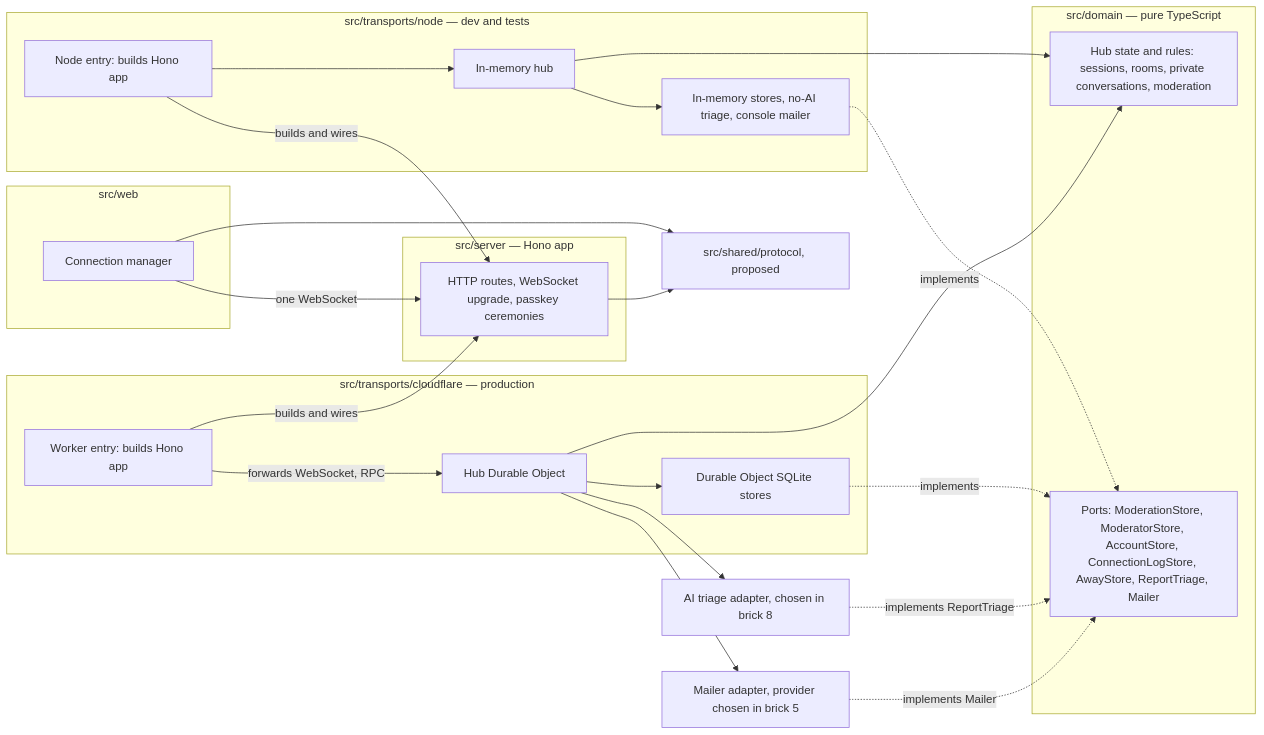
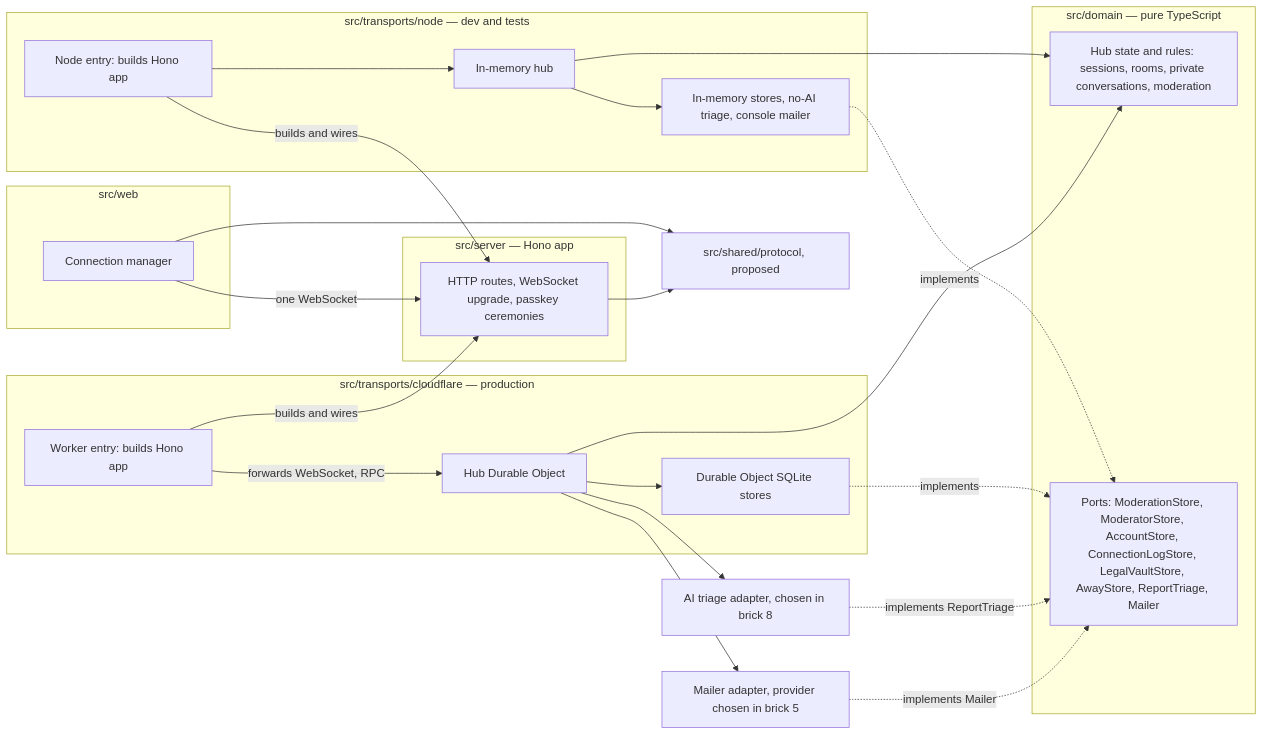
Before and after one commit to benoit-bremaud/asv: the diagram in docs/architecture/diagrams/platform/03-component.md, drawn with Mermaid. The commit also changed other lines of this file and 41 other files, not shown here.

First line of the commit message:
docs(legal): legal check on official texts and legal retention vault (#6)

````diff
--- a/docs/architecture/diagrams/platform/03-component.md
+++ b/docs/architecture/diagrams/platform/03-component.md
@@ -14,43 +14,43 @@
 ```mermaid
 flowchart LR
   subgraph Web ["src/web"]
     Conn["Connection manager"]
   end
   Shared["src/shared/protocol, proposed"]
   subgraph Server ["src/server — Hono app"]
     Routes["HTTP routes, WebSocket upgrade, passkey ceremonies"]
   end
   subgraph Domain ["src/domain — pure TypeScript"]
     Core["Hub state and rules: sessions, rooms, private conversations, moderation"]
-    Ports["Ports: ModerationStore, ModeratorStore, AccountStore, ConnectionLogStore, AwayStore, ReportTriage, Mailer"]
+    Ports["Ports: ModerationStore, ModeratorStore, AccountStore, ConnectionLogStore, LegalVaultStore, AwayStore, ReportTriage, Mailer"]
   end
   subgraph NodeT ["src/transports/node — dev and tests"]
     NodeMain["Node entry: builds Hono app"]
     NodeHub["In-memory hub"]
     NodeStore["In-memory stores, no-AI triage, console mailer"]
   end
   subgraph CfT ["src/transports/cloudflare — production"]
     WorkerEntry["Worker entry: builds Hono app"]
     HubDO["Hub Durable Object"]
     Sqlite["Durable Object SQLite stores"]
   end
   AIAdapter["AI triage adapter, chosen in brick 8"]
   MailAdapter["Mailer adapter, provider chosen in brick 5"]
   Conn -->|"one WebSocket"| Routes
   Conn --> Shared
   Routes --> Shared
   NodeMain -->|"builds and wires"| Routes
   WorkerEntry -->|"builds and wires"| Routes
   NodeMain --> NodeHub
   WorkerEntry -->|"forwards WebSocket, RPC"| HubDO
   NodeHub --> Core
   HubDO --> Core
   NodeStore -.->|"implements"| Ports
   Sqlite -.->|"implements"| Ports
   AIAdapter -.->|"implements ReportTriage"| Ports
   MailAdapter -.->|"implements Mailer"| Ports
   HubDO --> MailAdapter
   NodeHub --> NodeStore
   HubDO --> Sqlite
   HubDO --> AIAdapter
 ```
````
